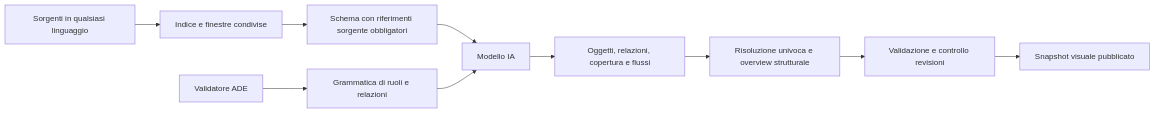
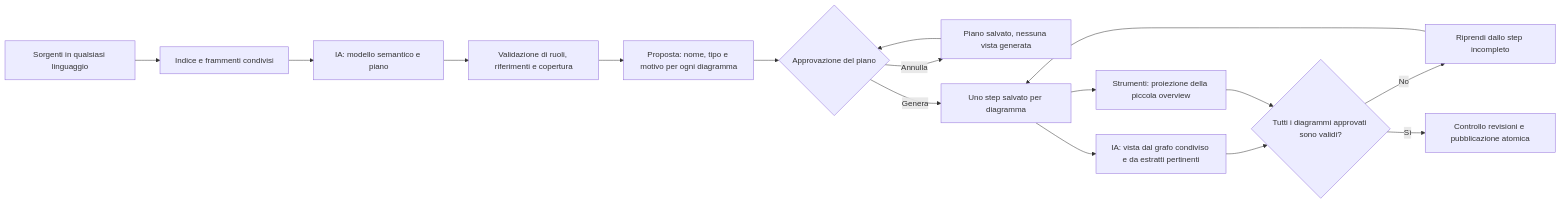
Before and after one commit to FrappaF/ADE: the diagram in ade/docs/semantic-generation-protocol.md, drawn with Mermaid. The commit also changed other lines of this file and 20 other files, not shown here.

Commit message:
Plan semantic diagrams before generating resumable typed views

````diff
--- a/ade/docs/semantic-generation-protocol.md
+++ b/ade/docs/semantic-generation-protocol.md
@@ -5,12 +5,18 @@
 ```mermaid
 flowchart LR
-    A[Sorgenti in qualsiasi linguaggio] --> B[Indice e finestre condivise]
-    B --> C[Schema con riferimenti sorgente obbligatori]
-    D[Validatore ADE] --> E[Grammatica di ruoli e relazioni]
-    C --> F[Modello IA]
-    E --> F
-    F --> G[Oggetti, relazioni, copertura e flussi]
-    G --> H[Risoluzione univoca e overview strutturale]
-    H --> I[Validazione e controllo revisioni]
-    I --> J[Snapshot visuale pubblicato]
+    A[Sorgenti in qualsiasi linguaggio] --> B[Indice e frammenti condivisi]
+    B --> C[IA: modello semantico e piano]
+    C --> D[Validazione di ruoli, riferimenti e copertura]
+    D --> E[Proposta: nome, tipo e motivo per ogni diagramma]
+    E --> F{Approvazione del piano}
+    F -->|Annulla| G[Piano salvato, nessuna vista generata]
+    G --> F
+    F -->|Genera| H[Uno step salvato per diagramma]
+    H --> I[IA: vista dal grafo condiviso e da estratti pertinenti]
+    H --> J[Strumenti: proiezione della piccola overview]
+    I --> K{Tutti i diagrammi approvati sono validi?}
+    J --> K
+    K -->|No| L[Riprendi dallo step incompleto]
+    L --> H
+    K -->|Sì| M[Controllo revisioni e pubblicazione atomica]
 ```
````
